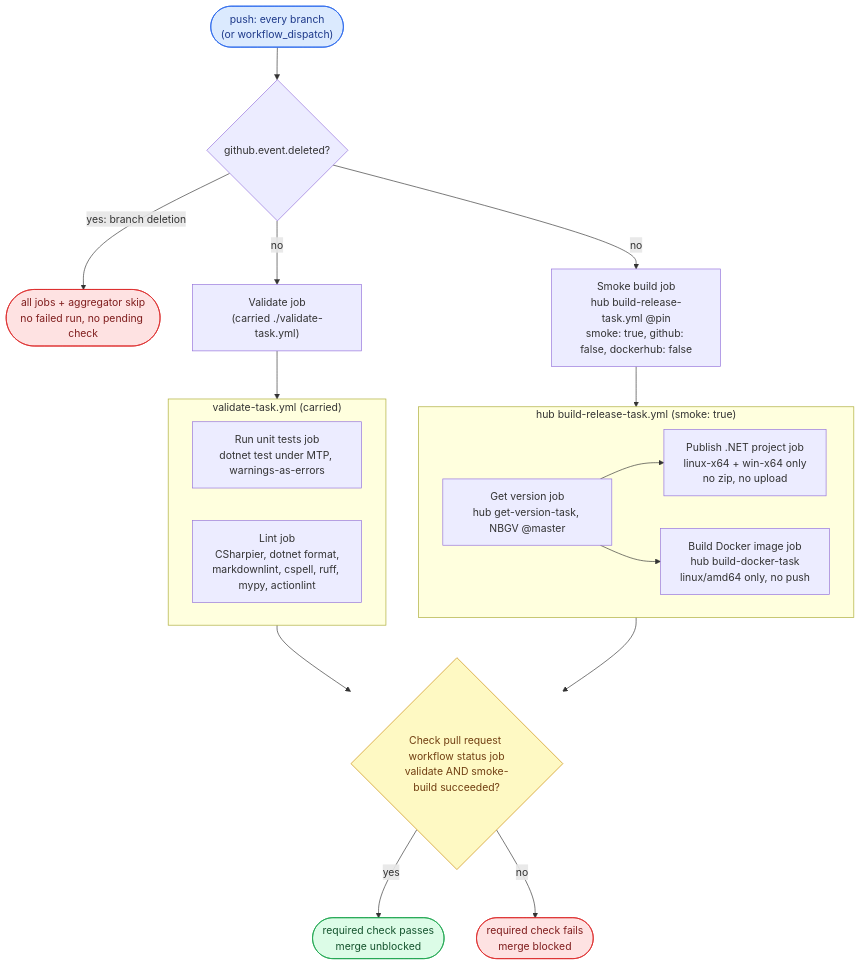
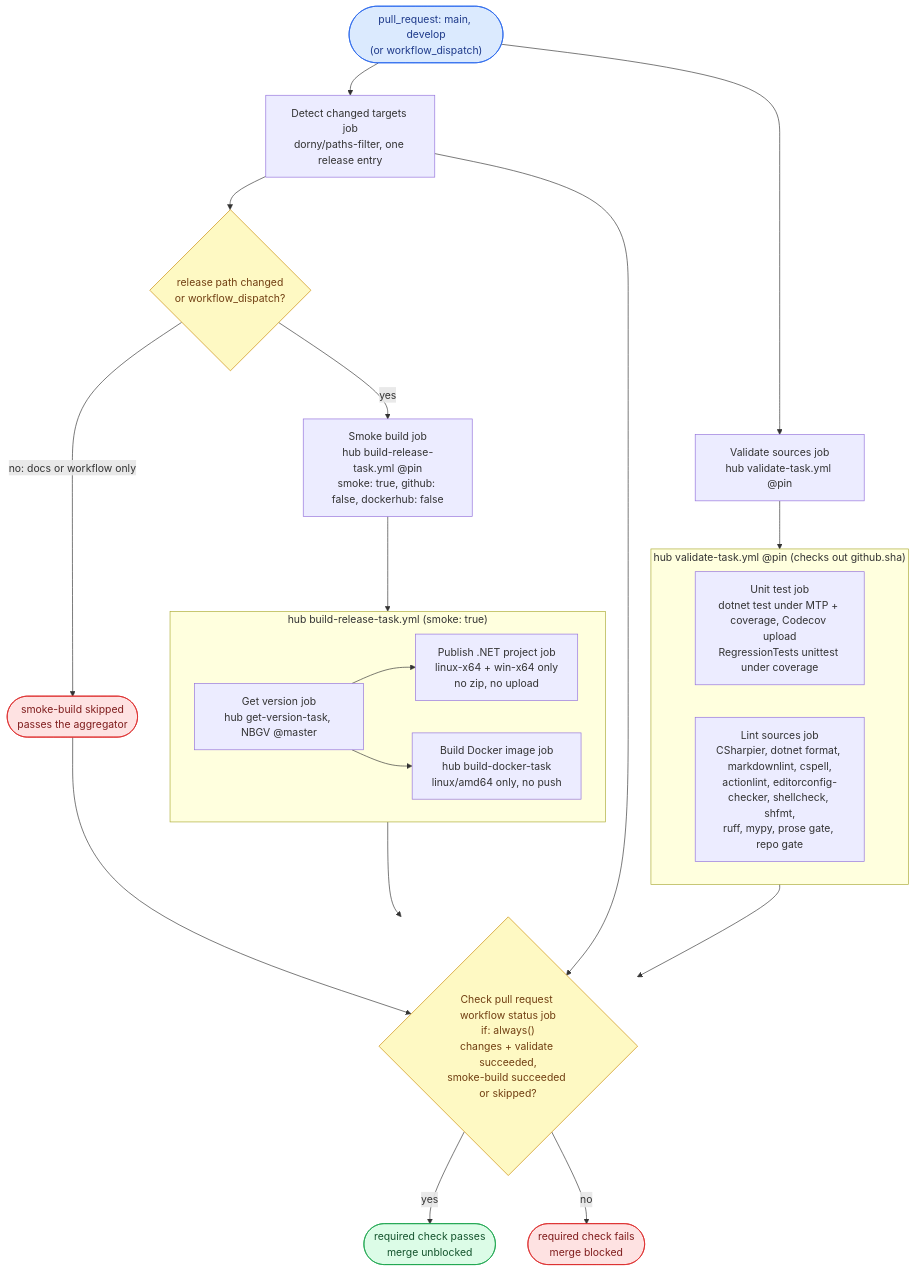
The first of 3 diagrams in WORKFLOW.md (ptr727/PlexCleaner), drawn with Mermaid before and after one commit. The commit also changed other lines of this file, not shown here.

Commit message:
Rewrite the WORKFLOW.md CI Contract for the Fleet D1 Shape

````diff
--- a/WORKFLOW.md
+++ b/WORKFLOW.md
@@ -218,27 +217,30 @@
 ```mermaid
 flowchart TD
-    T(["push: every branch<br/>(or workflow_dispatch)"]):::trig
-    T --> D{"github.event.deleted?"}
-    D -- "yes: branch deletion" --> X(["all jobs + aggregator skip<br/>no failed run, no pending check"]):::stop
-    D -- "no" --> V["Validate job<br/>(carried ./validate-task.yml)"]
-    D -- "no" --> S["Smoke build job<br/>hub build-release-task.yml @pin<br/>smoke: true, github: false, dockerhub: false"]
-    subgraph VT ["validate-task.yml (carried)"]
-        U["Run unit tests job<br/>dotnet test under MTP, warnings-as-errors"]
-        L["Lint job<br/>CSharpier, dotnet format,<br/>markdownlint, cspell, ruff, mypy, actionlint"]
+    T(["pull_request: main, develop<br/>(or workflow_dispatch)"]):::trig
+    T --> C["Detect changed targets job<br/>dorny/paths-filter, one release entry"]
+    T --> V["Validate sources job<br/>hub validate-task.yml @pin"]
+    C --> F{"release path changed<br/>or workflow_dispatch?"}:::gate
+    F -- "no: docs or workflow only" --> SK(["smoke-build skipped<br/>passes the aggregator"]):::stop
+    F -- "yes" --> S["Smoke build job<br/>hub build-release-task.yml @pin<br/>smoke: true, github: false, dockerhub: false"]
+    subgraph VT ["hub validate-task.yml @pin (checks out github.sha)"]
+        U["Unit test job<br/>dotnet test under MTP + coverage, Codecov upload<br/>RegressionTests unittest under coverage"]
+        L["Lint sources job<br/>CSharpier, dotnet format, markdownlint, cspell,<br/>actionlint, editorconfig-checker, shellcheck, shfmt,<br/>ruff, mypy, prose gate, repo gate"]
     end
     V --> VT
     subgraph BRTS ["hub build-release-task.yml (smoke: true)"]
         GVS["Get version job<br/>hub get-version-task, NBGV @master"] --> SE["Publish .NET project job<br/>linux-x64 + win-x64 only<br/>no zip, no upload"]
         GVS --> SD["Build Docker image job<br/>hub build-docker-task<br/>linux/amd64 only, no push"]
     end
     S --> BRTS
+    C --> A
     VT --> A
     BRTS --> A
-    A{"Check pull request workflow status job<br/>validate AND smoke-build succeeded?"}:::gate
+    SK --> A
+    A{"Check pull request workflow status job<br/>if: always()<br/>changes + validate succeeded,<br/>smoke-build succeeded or skipped?"}:::gate
     A -- "yes" --> G(["required check passes<br/>merge unblocked"]):::pub
     A -- "no" --> R(["required check fails<br/>merge blocked"]):::stop
     classDef trig fill:#dbeafe,stroke:#2563eb,color:#1e3a8a
     classDef gate fill:#fef9c3,stroke:#ca8a04,color:#713f12
     classDef pub fill:#dcfce7,stroke:#16a34a,color:#14532d
     classDef stop fill:#fee2e2,stroke:#dc2626,color:#7f1d1d
 ```
````
